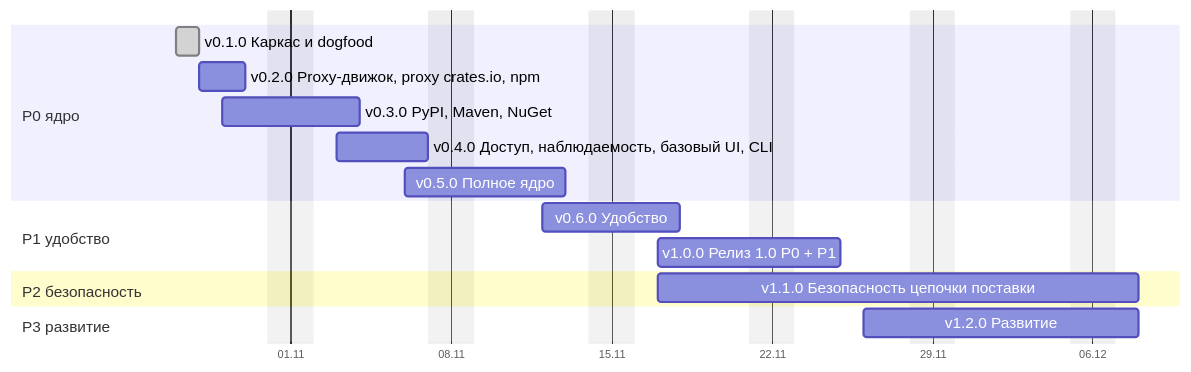
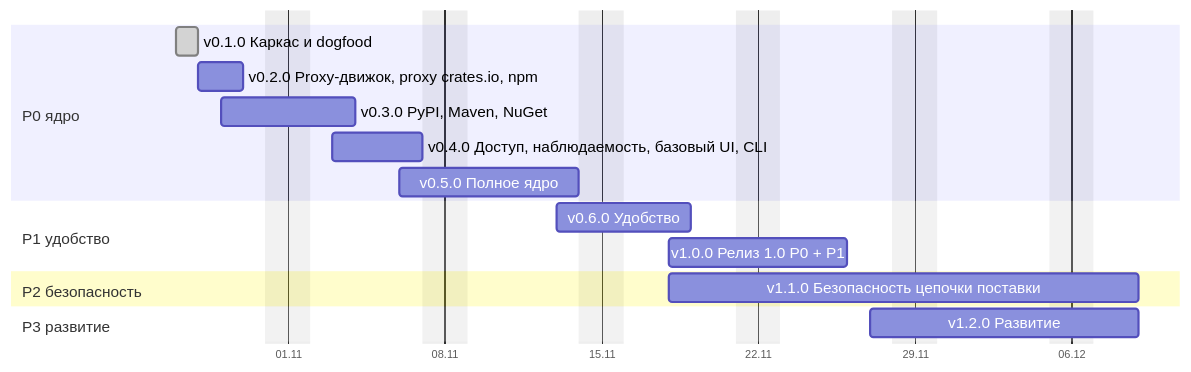
One commit to izevg/CRANE changed the diagram in ROADMAP.md. Above: the diagram before and after it, drawn with Mermaid. The commit also changed other lines of this file and 14 other files, not shown here.

````diff
--- a/ROADMAP.md
+++ b/ROADMAP.md
@@ -21,21 +21,21 @@
 ```mermaid
 %%{init: {"gantt": {"fontSize": 14, "sectionFontSize": 14, "barHeight": 26, "barGap": 6, "leftPadding": 150}}}%%
 gantt
   todayMarker off
   dateFormat YYYY-MM-DD
   axisFormat %d.%m
   excludes weekends
   section P0 ядро
   v0.1.0 Каркас и dogfood :done, 2026-10-27, 1d
   v0.2.0 Proxy-движок, proxy crates.io, npm :2026-10-28, 2d
   v0.3.0 PyPI, Maven, NuGet :2026-10-29, 4d
   v0.4.0 Доступ, наблюдаемость, базовый UI, CLI :2026-11-03, 4d
-  v0.5.0 Полное ядро :2026-11-06, 5d
+  v0.5.0 Полное ядро :2026-11-06, 6d
   section P1 удобство
-  v0.6.0 Удобство :2026-11-12, 4d
-  v1.0.0 Релиз 1.0 P0 + P1 :2026-11-17, 6d
+  v0.6.0 Удобство :2026-11-13, 4d
+  v1.0.0 Релиз 1.0 P0 + P1 :2026-11-18, 6d
   section P2 безопасность
-  v1.1.0 Безопасность цепочки поставки :2026-11-17, 15d
+  v1.1.0 Безопасность цепочки поставки :2026-11-18, 15d
   section P3 развитие
-  v1.2.0 Развитие :2026-11-26, 8d
+  v1.2.0 Развитие :2026-11-27, 8d
 ```
````
